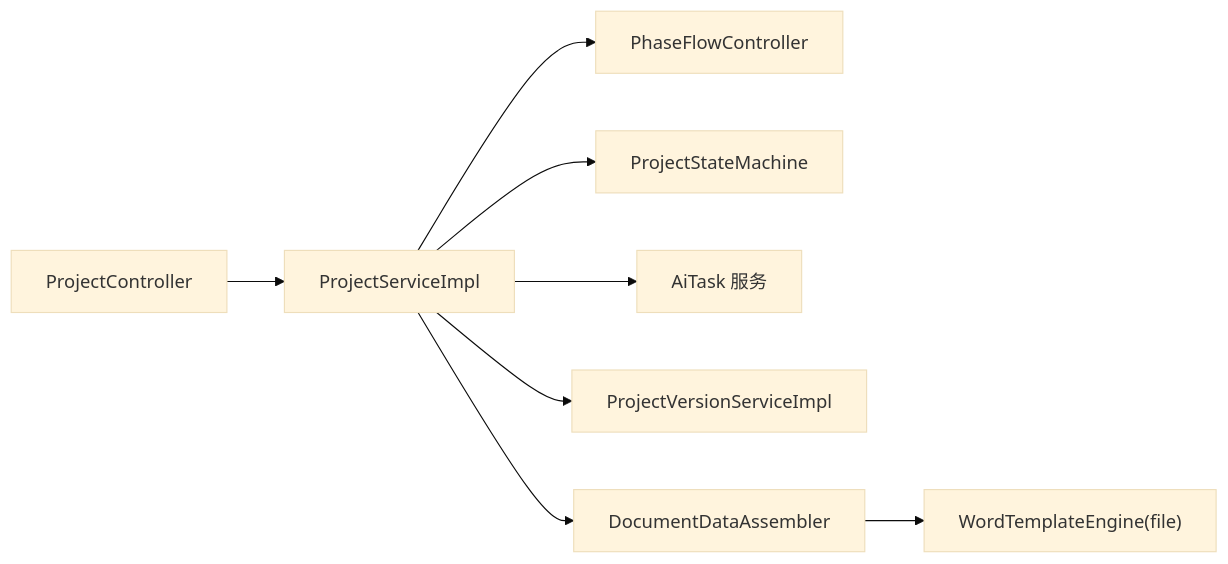
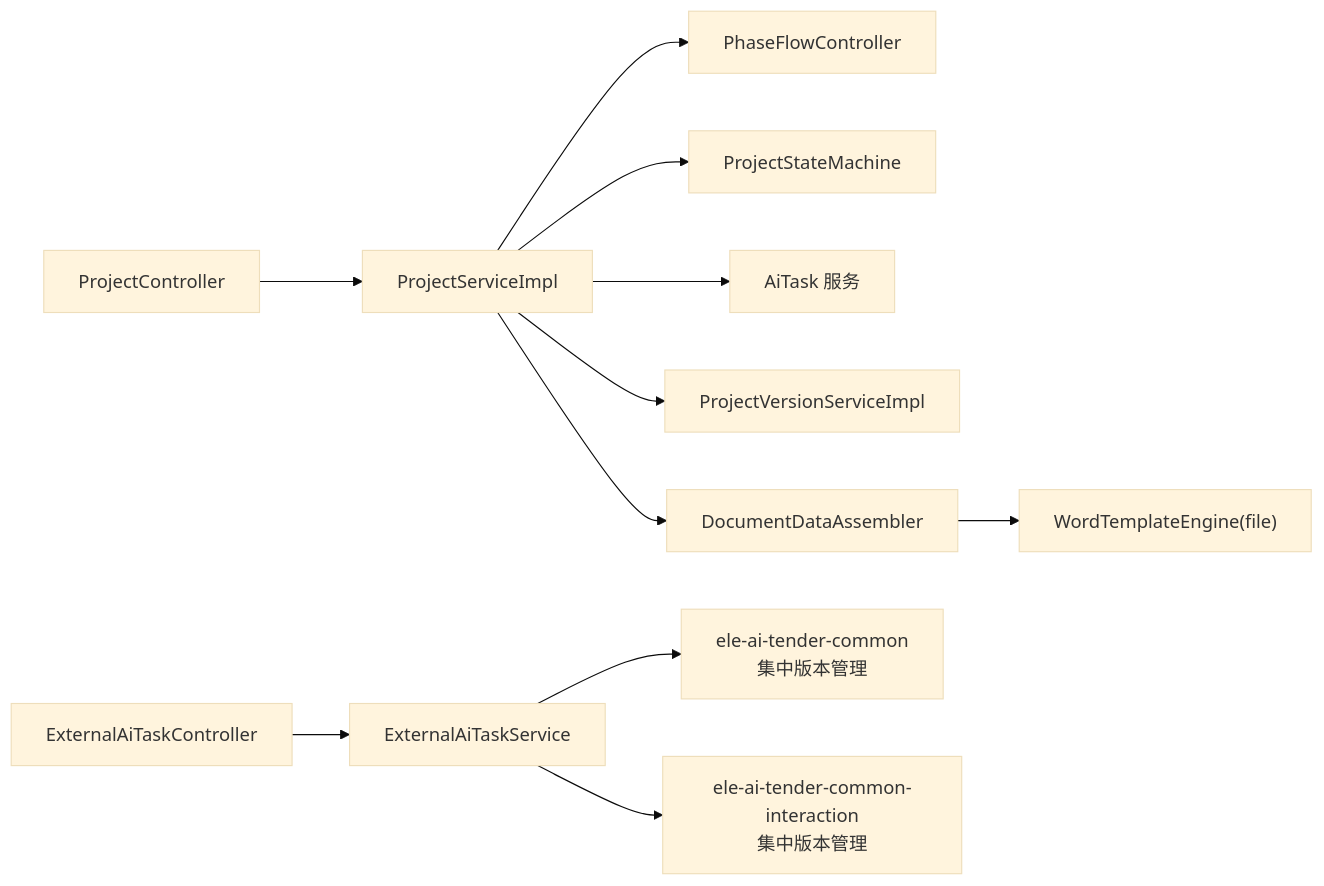
Before and after one commit to DrunkFood/First: the ninth of 9 diagrams in .qoder/repowiki/zh/content/后端服务/核心业务服务 (ele-ai-tender-core)/核心业务服务 (ele-ai-tender-core).md, drawn with Mermaid (base theme). The commit also changed other lines of this file and 66 other files, not shown here.

````diff
--- a/.qoder/repowiki/zh/content/后端服务/核心业务服务 (ele-ai-tender-core)/核心业务服务 (ele-ai-tender-core).md
+++ b/.qoder/repowiki/zh/content/后端服务/核心业务服务 (ele-ai-tender-core)/核心业务服务 (ele-ai-tender-core).md
@@ -289,10 +343,13 @@
 ```mermaid
 graph LR
 PCtrl["ProjectController"] --> PSvc["ProjectServiceImpl"]
+EXT_CTRL["ExternalAiTaskController"] --> EXT_SVC["ExternalAiTaskService"]
 PSvc --> PFlow["PhaseFlowController"]
 PSvc --> PState["ProjectStateMachine"]
 PSvc --> AI["AiTask 服务"]
 PSvc --> Ver["ProjectVersionServiceImpl"]
 PSvc --> Asm["DocumentDataAssembler"]
+EXT_SVC --> COMMON["ele-ai-tender-common<br/>集中版本管理"]
+EXT_SVC --> INTERACTION["ele-ai-tender-common-interaction<br/>集中版本管理"]
 Asm --> WTE["WordTemplateEngine(file)"]
 ```
````
